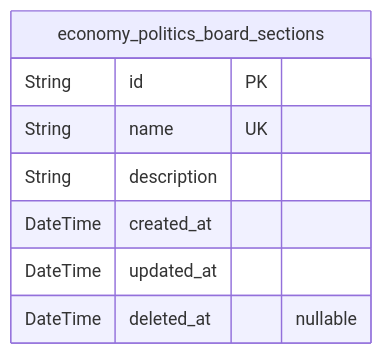
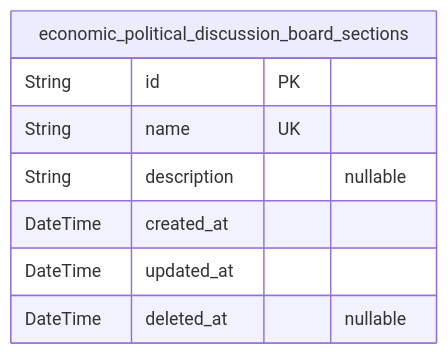
The second of 6 diagrams in qwen/qwen3-30b-a3b-thinking-2507/bbs/docs/ERD.md (wrtnlabs/autobe-examples), drawn with Mermaid before and after one commit. The commit also changed other lines of this file and 25939 other files, not shown here.

````diff
--- a/qwen/qwen3-30b-a3b-thinking-2507/bbs/docs/ERD.md
+++ b/qwen/qwen3-30b-a3b-thinking-2507/bbs/docs/ERD.md
@@ -491,11 +314,11 @@
 ```mermaid
 erDiagram
-"economy_politics_board_sections" {
+"economic_political_discussion_board_sections" {
   String id PK
   String name UK
-  String description
+  String description "nullable"
   DateTime created_at
   DateTime updated_at
   DateTime deleted_at "nullable"
 }
 ```
````
